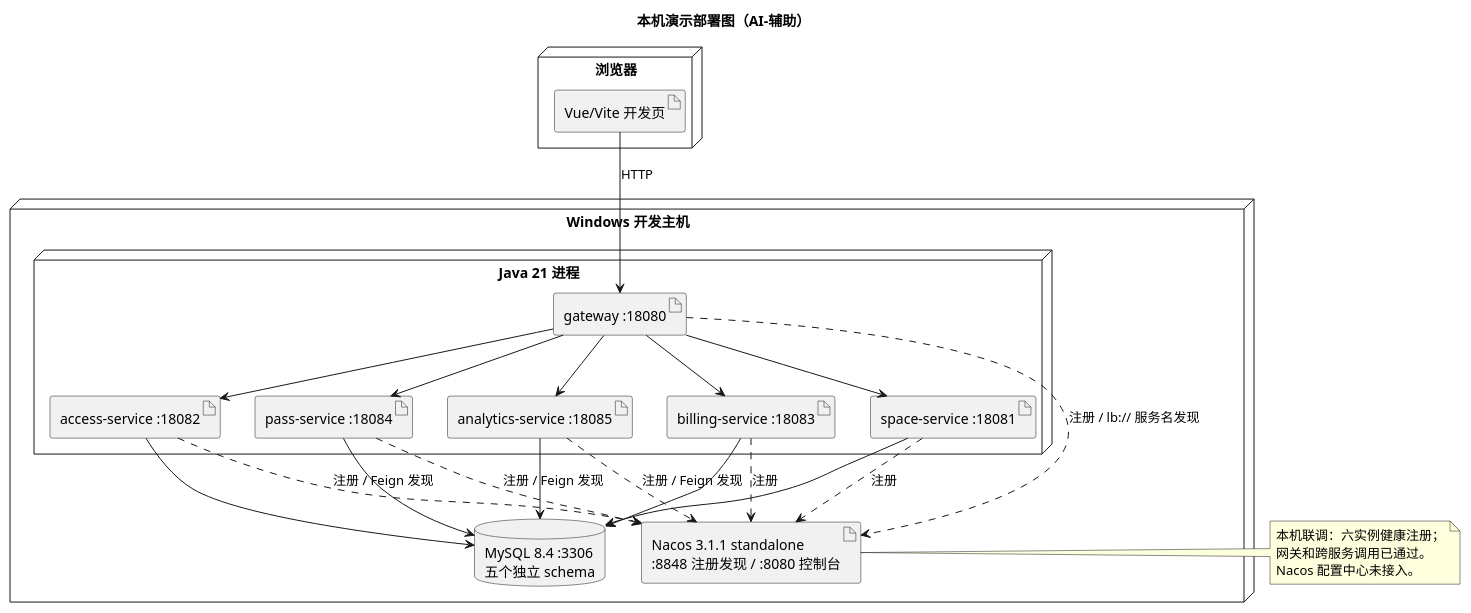
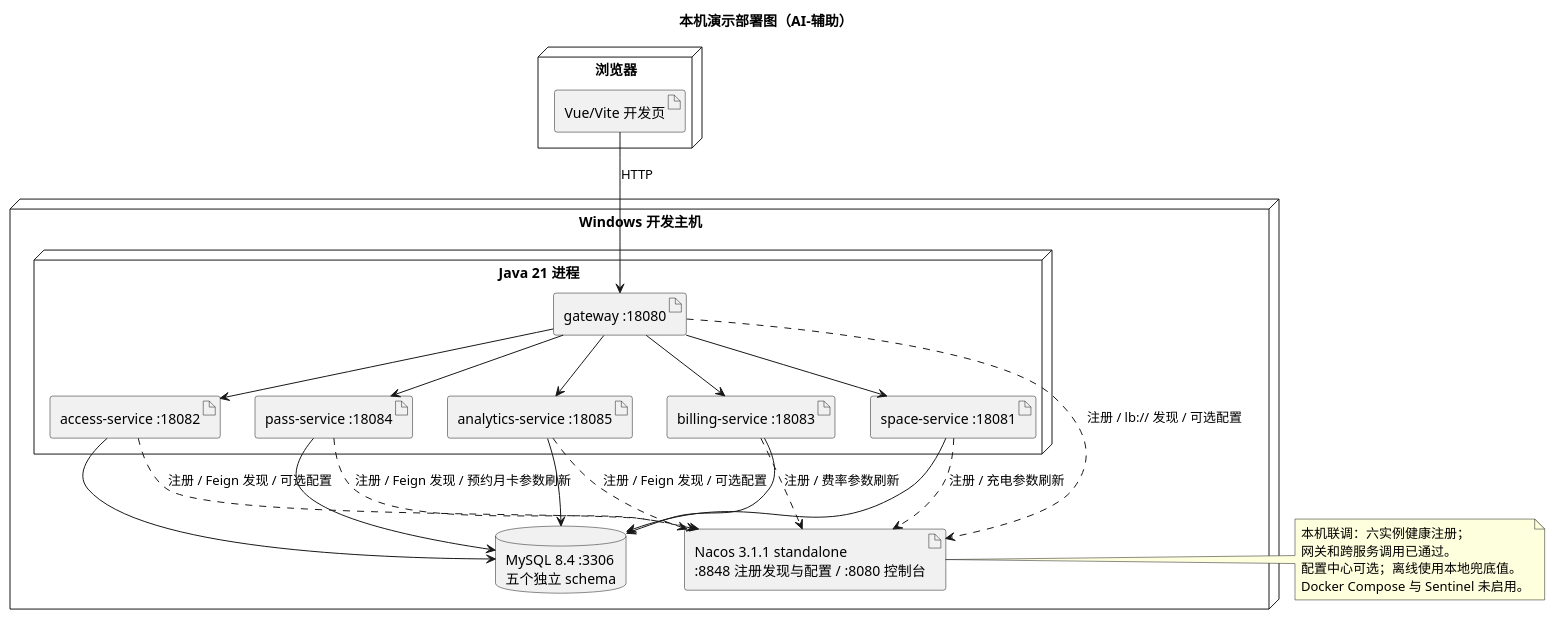
The diagram in models/13-deployment.puml (Gindama713/UMLWORK), drawn with PlantUML before and after one commit. The commit also changed 23 other files, not shown here.

```diff
--- a/models/13-deployment.puml
+++ b/models/13-deployment.puml
@@ -1,40 +1,41 @@
 @startuml
 title 本机演示部署图（AI-辅助）
 node "浏览器" {
   artifact "Vue/Vite 开发页" as ui
 }
 node "Windows 开发主机" {
   node "Java 21 进程" {
     artifact "gateway :18080" as gateway
     artifact "space-service :18081" as space
     artifact "access-service :18082" as access
     artifact "billing-service :18083" as billing
     artifact "pass-service :18084" as pass
     artifact "analytics-service :18085" as analytics
   }
   database "MySQL 8.4 :3306\n五个独立 schema" as mysql
-  artifact "Nacos 3.1.1 standalone\n:8848 注册发现 / :8080 控制台" as nacos
+  artifact "Nacos 3.1.1 standalone\n:8848 注册发现与配置 / :8080 控制台" as nacos
 }
 ui --> gateway : HTTP
 gateway --> space
 gateway --> access
 gateway --> billing
 gateway --> pass
 gateway --> analytics
-gateway ..> nacos : 注册 / lb:// 服务名发现
-space ..> nacos : 注册
-access ..> nacos : 注册 / Feign 发现
-billing ..> nacos : 注册
-pass ..> nacos : 注册 / Feign 发现
-analytics ..> nacos : 注册 / Feign 发现
+gateway ..> nacos : 注册 / lb:// 发现 / 可选配置
+space ..> nacos : 注册 / 充电参数刷新
+access ..> nacos : 注册 / Feign 发现 / 可选配置
+billing ..> nacos : 注册 / 费率参数刷新
+pass ..> nacos : 注册 / Feign 发现 / 预约月卡参数刷新
+analytics ..> nacos : 注册 / Feign 发现 / 可选配置
 space --> mysql
 access --> mysql
 billing --> mysql
 pass --> mysql
 analytics --> mysql
 note right of nacos
 本机联调：六实例健康注册；
 网关和跨服务调用已通过。
-Nacos 配置中心未接入。
+配置中心可选；离线使用本地兜底值。
+Docker Compose 与 Sentinel 未启用。
 end note
 @enduml
```
